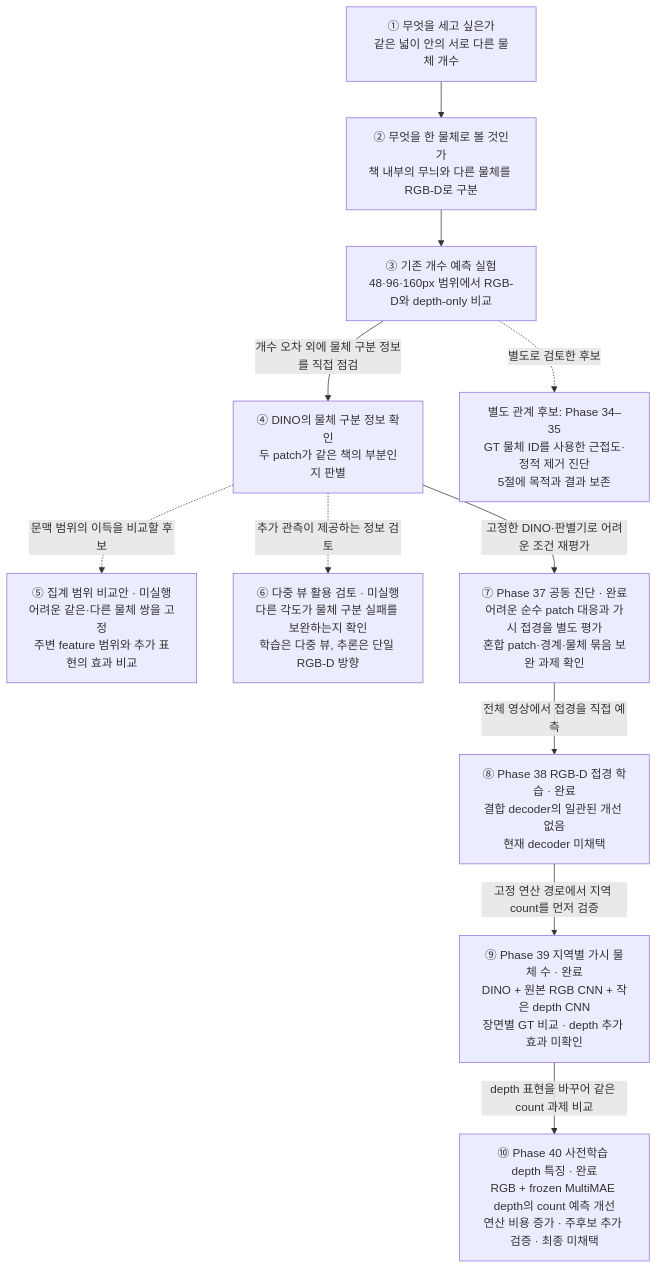
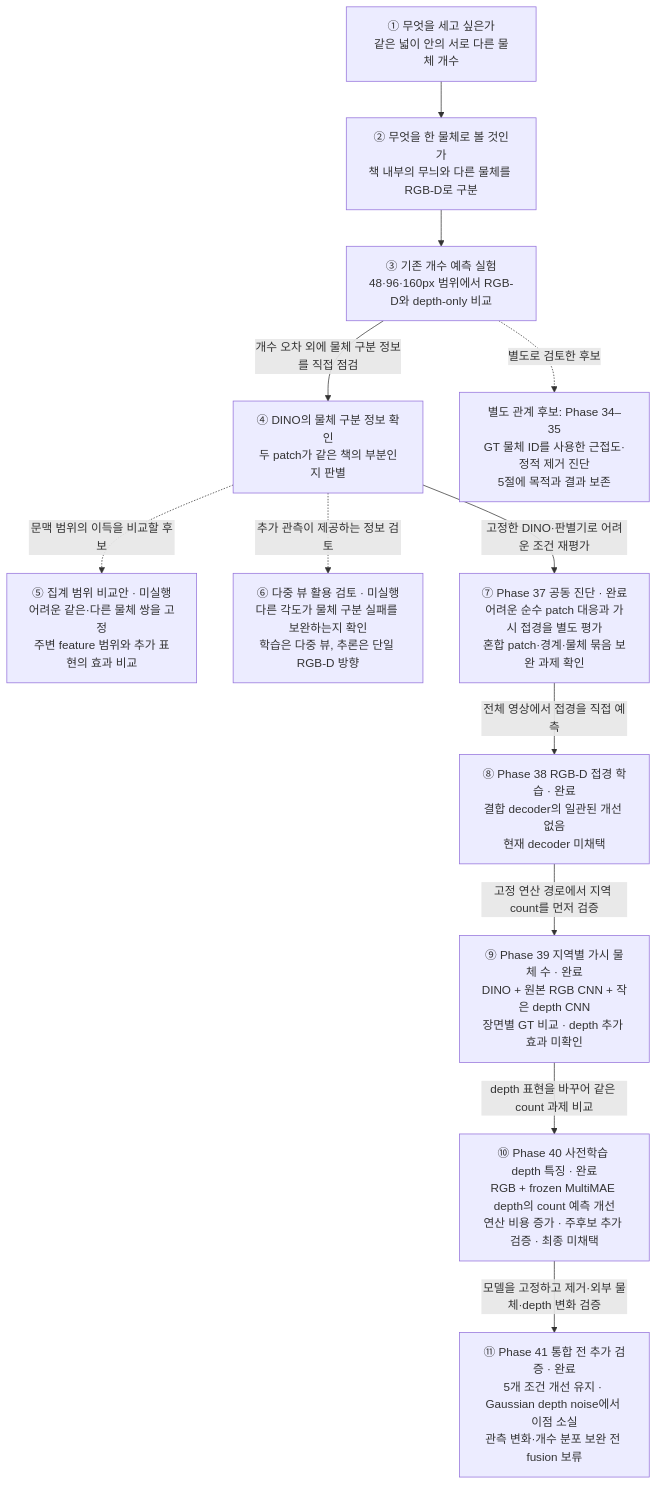
The first of 4 diagrams in complexity_stream.md (JeonHaneul/2D-PDM_DINOv3), drawn with Mermaid before and after one commit. The commit also changed other lines of this file and 5 other files, not shown here.

Commit message:
docs: record Phase 41 depth-noise failure and defer fusion

````diff
--- a/complexity_stream.md
+++ b/complexity_stream.md
@@ -23,23 +23,25 @@
 ```mermaid
 flowchart TD
     N1["① 무엇을 세고 싶은가<br/>같은 넓이 안의 서로 다른 물체 개수"]
     N2["② 무엇을 한 물체로 볼 것인가<br/>책 내부의 무늬와 다른 물체를 RGB-D로 구분"]
     N3["③ 기존 개수 예측 실험<br/>48·96·160px 범위에서 RGB-D와 depth-only 비교"]
     N4["④ DINO의 물체 구분 정보 확인<br/>두 patch가 같은 책의 부분인지 판별"]
     N5["⑤ 집계 범위 비교안 · 미실행<br/>어려운 같은·다른 물체 쌍을 고정<br/>주변 feature 범위와 추가 표현의 효과 비교"]
     N6["⑥ 다중 뷰 활용 검토 · 미실행<br/>다른 각도가 물체 구분 실패를 보완하는지 확인<br/>학습은 다중 뷰, 추론은 단일 RGB-D 방향"]
     N7["⑦ Phase 37 공동 진단 · 완료<br/>어려운 순수 patch 대응과 가시 접경을 별도 평가<br/>혼합 patch·경계·물체 묶음 보완 과제 확인"]
     N8["⑧ Phase 38 RGB-D 접경 학습 · 완료<br/>결합 decoder의 일관된 개선 없음<br/>현재 decoder 미채택"]
     N9["⑨ Phase 39 지역별 가시 물체 수 · 완료<br/>DINO + 원본 RGB CNN + 작은 depth CNN<br/>장면별 GT 비교 · depth 추가 효과 미확인"]
     N10["⑩ Phase 40 사전학습 depth 특징 · 완료<br/>RGB + frozen MultiMAE depth의 count 예측 개선<br/>연산 비용 증가 · 주후보 추가 검증 · 최종 미채택"]
+    N11["⑪ Phase 41 통합 전 추가 검증 · 완료<br/>5개 조건 개선 유지 · Gaussian depth noise에서 이점 소실<br/>관측 변화·개수 분포 보완 전 fusion 보류"]
     H["별도 관계 후보: Phase 34–35<br/>GT 물체 ID를 사용한 근접도·정적 제거 진단<br/>5절에 목적과 결과 보존"]
     N1 --> N2 --> N3
     N3 -->|"개수 오차 외에 물체 구분 정보를 직접 점검"| N4
     N4 -->|"고정한 DINO·판별기로 어려운 조건 재평가"| N7
     N7 -->|"전체 영상에서 접경을 직접 예측"| N8
     N8 -->|"고정 연산 경로에서 지역 count를 먼저 검증"| N9
     N9 -->|"depth 표현을 바꾸어 같은 count 과제 비교"| N10
+    N10 -->|"모델을 고정하고 제거·외부 물체·depth 변화 검증"| N11
     N4 -. "문맥 범위의 이득을 비교할 후보" .-> N5
     N4 -. "추가 관측이 제공하는 정보 검토" .-> N6
     N3 -. "별도로 검토한 후보" .-> H
 ```
````
